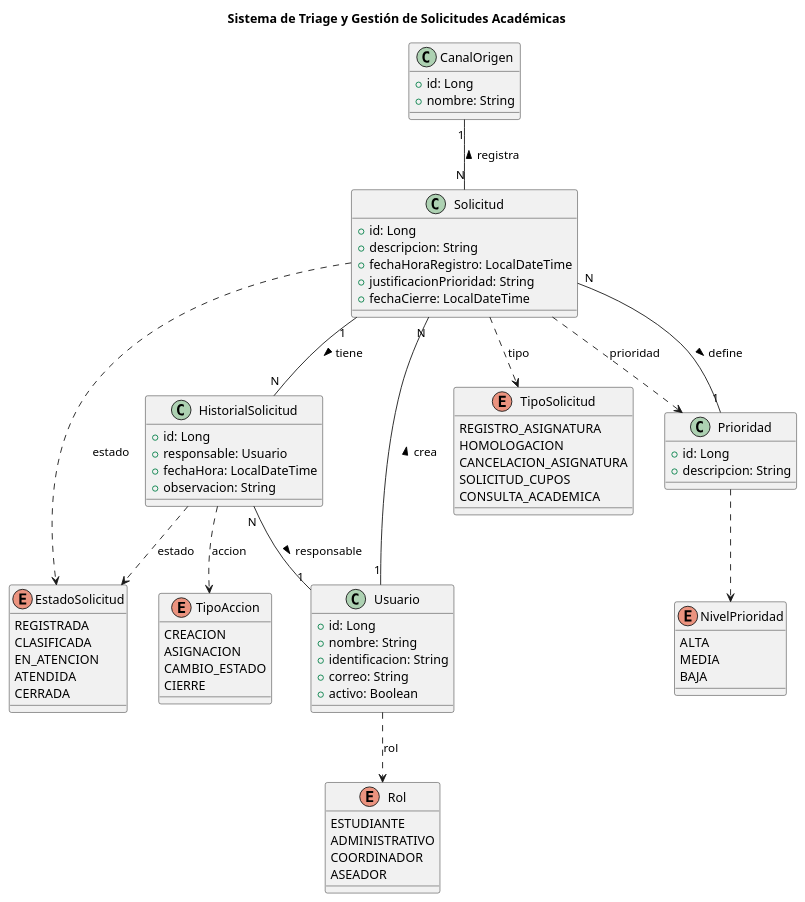
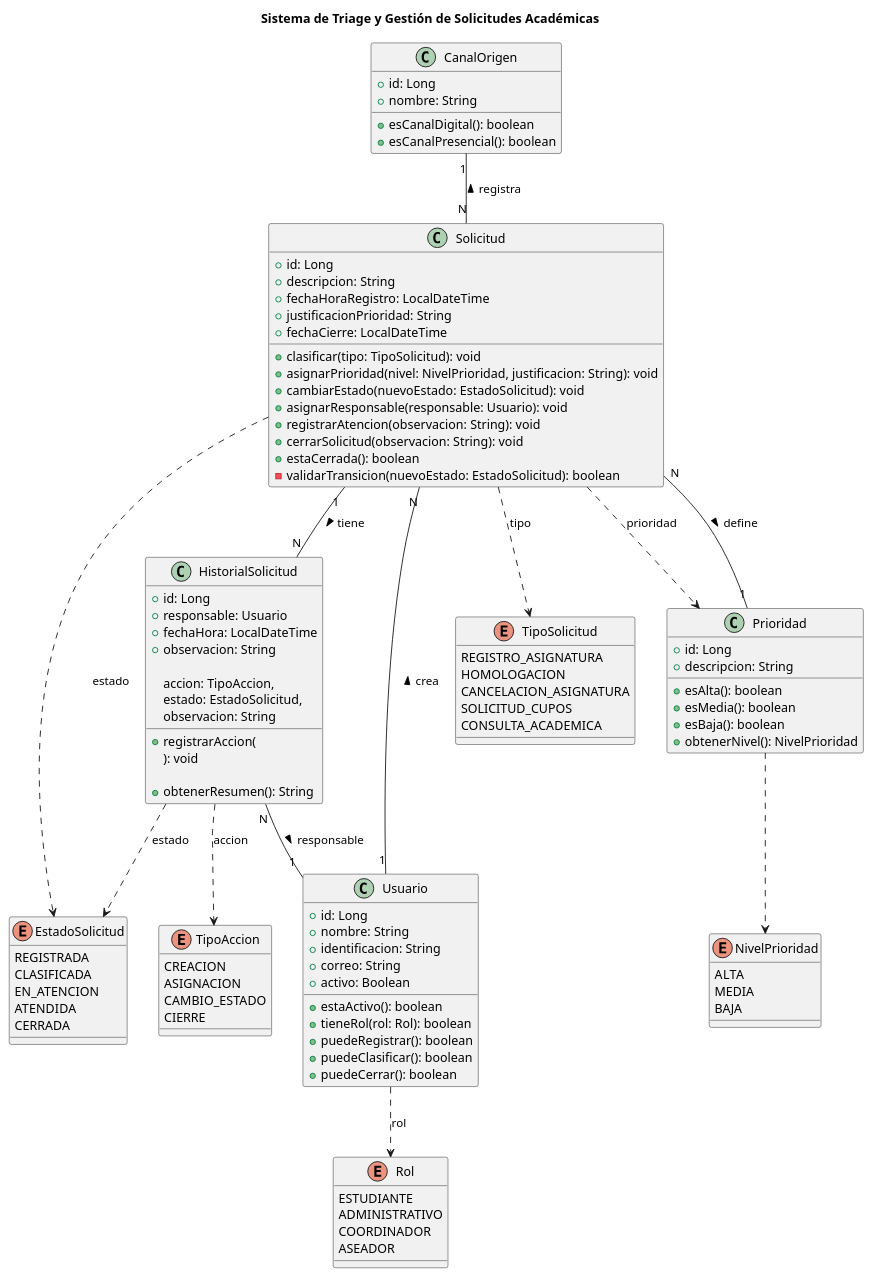
The diagram in DiagramaUML.wsd (ING69COOLER/Proyecto_Avanzada), drawn with PlantUML before and after one commit.

```diff
--- a/DiagramaUML.wsd
+++ b/DiagramaUML.wsd
@@ -1,103 +1,134 @@
 @startuml
 title Sistema de Triage y Gestión de Solicitudes Académicas
 
 ' =========================
 ' ENUMS (Value Objects)
 ' =========================
 
 enum EstadoSolicitud {
   REGISTRADA
   CLASIFICADA
   EN_ATENCION
   ATENDIDA
   CERRADA
 }
 
 enum TipoAccion {
     CREACION
     ASIGNACION
     CAMBIO_ESTADO
     CIERRE
 }
 
 enum NivelPrioridad {
   ALTA
   MEDIA
   BAJA
 }
 
 enum Rol {
   ESTUDIANTE
   ADMINISTRATIVO
   COORDINADOR
   ASEADOR
 }
 
 enum TipoSolicitud {
     REGISTRO_ASIGNATURA
     HOMOLOGACION
     CANCELACION_ASIGNATURA
     SOLICITUD_CUPOS
     CONSULTA_ACADEMICA
 }
 
 ' =========================
 ' ENTIDADES
 ' =========================
 
 class Usuario {
   +id: Long
   +nombre: String
   +identificacion: String
   +correo: String
   +activo: Boolean
+
+  +estaActivo(): boolean
+  +tieneRol(rol: Rol): boolean
+  +puedeRegistrar(): boolean
+  +puedeClasificar(): boolean
+  +puedeCerrar(): boolean
 }
 
 class Solicitud {
   +id: Long
   +descripcion: String
   +fechaHoraRegistro: LocalDateTime
   +justificacionPrioridad: String
   +fechaCierre: LocalDateTime
+
+  +clasificar(tipo: TipoSolicitud): void
+  +asignarPrioridad(nivel: NivelPrioridad, justificacion: String): void
+  +cambiarEstado(nuevoEstado: EstadoSolicitud): void
+  +asignarResponsable(responsable: Usuario): void
+  +registrarAtencion(observacion: String): void
+  +cerrarSolicitud(observacion: String): void
+  +estaCerrada(): boolean
+  -validarTransicion(nuevoEstado: EstadoSolicitud): boolean
 }
 
 class Prioridad {
   +id: Long
   +descripcion: String
+
+  +esAlta(): boolean
+  +esMedia(): boolean
+  +esBaja(): boolean
+  +obtenerNivel(): NivelPrioridad
 }
 
 class CanalOrigen {
   +id: Long
   +nombre: String
+
+  +esCanalDigital(): boolean
+  +esCanalPresencial(): boolean
 }
 
 class HistorialSolicitud {
   +id: Long
   +responsable: Usuario
   +fechaHora: LocalDateTime
   +observacion: String
+
+  +registrarAccion(
+      accion: TipoAccion,
+      estado: EstadoSolicitud,
+      observacion: String
+  ): void
+
+  +obtenerResumen(): String
 }
 
 ' =========================
 ' RELACIONES
 ' =========================
 
 Usuario "1" -- "N" Solicitud : crea >
 Prioridad "1" -- "N" Solicitud : define <
 CanalOrigen "1" -- "N" Solicitud : registra <
 Solicitud "1" -- "N" HistorialSolicitud : tiene >
 HistorialSolicitud "N" -- "1" Usuario : responsable >
 
 ' =========================
-' RELACIONES CON ENUMS (Value Objects)
+' RELACIONES CON ENUMS
 ' =========================
 
 Solicitud ..> EstadoSolicitud : estado
 Solicitud ..> TipoSolicitud : tipo
 Solicitud ..> Prioridad : prioridad
 HistorialSolicitud ..> EstadoSolicitud : estado
 HistorialSolicitud ..> TipoAccion : accion
 Usuario ..> Rol : rol
 Prioridad ..> NivelPrioridad
 
 @enduml
```
